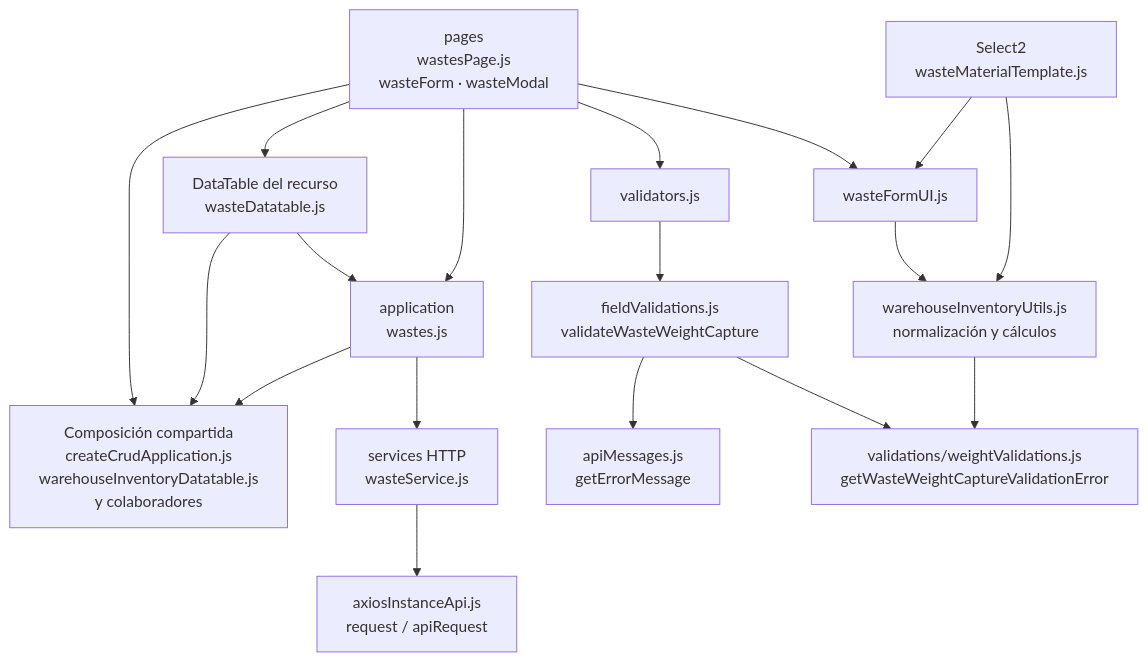
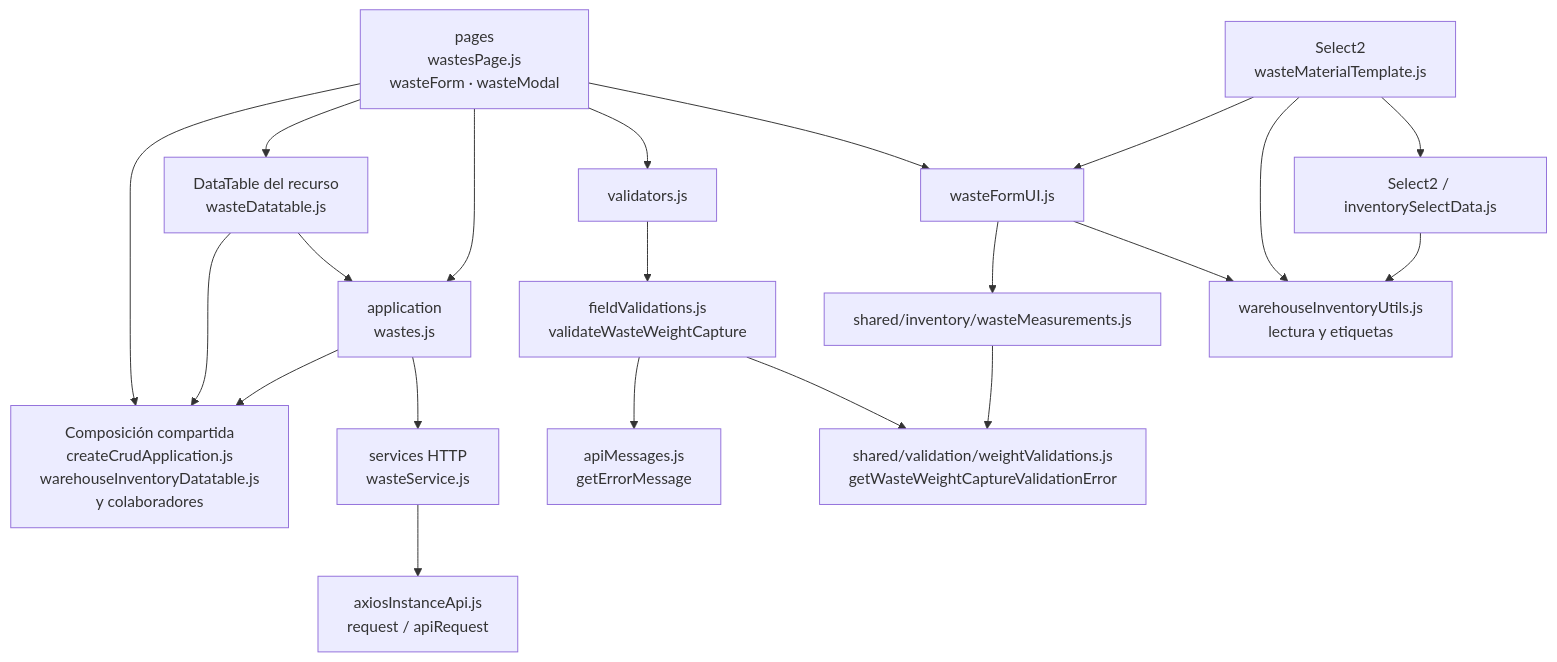
Before and after one commit to gpgsistemas01/nexus: the diagram in docs/architecture/views/development/frontend-technical-documentation/11-wastes-code.md, drawn with Mermaid. The commit also changed other lines of this file and 240 other files, not shown here.

````diff
--- a/docs/architecture/views/development/frontend-technical-documentation/11-wastes-code.md
+++ b/docs/architecture/views/development/frontend-technical-documentation/11-wastes-code.md
@@ -7,33 +7,38 @@
 ```mermaid
 flowchart TB
     P["pages<br/>wastesPage.js<br/>wasteForm · wasteModal"]
     A["application<br/>wastes.js"]
     R["services HTTP<br/>wasteService.js"]
     T["DataTable del recurso<br/>wasteDatatable.js"]
     U["Composición compartida<br/>createCrudApplication.js<br/>warehouseInventoryDatatable.js<br/>y colaboradores"]
     Validation["validators.js"]
     FieldValidation["fieldValidations.js<br/>validateWasteWeightCapture"]
-    WeightRule["validations/weightValidations.js<br/>getWasteWeightCaptureValidationError"]
+    WeightRule["shared/validation/weightValidations.js<br/>getWasteWeightCaptureValidationError"]
     Messages["apiMessages.js<br/>getErrorMessage"]
     H["axiosInstanceApi.js<br/>request / apiRequest"]
     InventoryUI["wasteFormUI.js"]
     Select["Select2<br/>wasteMaterialTemplate.js"]
-    InventoryUtils["warehouseInventoryUtils.js<br/>normalización y cálculos"]
+    InventoryUtils["warehouseInventoryUtils.js<br/>lectura y etiquetas"]
     InventoryUI --> InventoryUtils
-    InventoryUtils --> WeightRule
+    Measurements["shared/inventory/wasteMeasurements.js"]
+    SelectData["Select2 / inventorySelectData.js"]
+    InventoryUI --> Measurements
+    Measurements --> WeightRule
+    SelectData --> InventoryUtils
+    Select --> SelectData
     Select --> InventoryUtils
     Select --> InventoryUI
     P --> InventoryUI
     A --> R
     A --> U
     P --> Validation
     Validation --> FieldValidation
     FieldValidation --> WeightRule
     FieldValidation --> Messages
     P --> A
     P --> T
     P --> U
     R --> H
     T --> A
     T --> U
 ```
````
